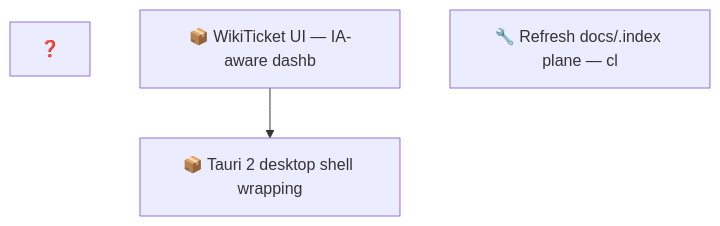
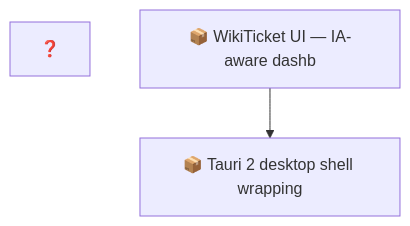
One commit to SpillwaveSolutions/wiki_ticket_sdd_ui changed the second of 2 diagrams in docs/roadmap.md. Above: the diagram before and after it, drawn with Mermaid. The commit also changed other lines of this file and 1 other file, not shown here.

First line of the commit message:
chore: close docs/.index refresh work item (#14)

````diff
--- a/docs/roadmap.md
+++ b/docs/roadmap.md
@@ -66,8 +61,7 @@
 ```mermaid
 graph TD
     01KY5ZZX["❓ "]
     01KY5ZZX8YXD5YDJKQGJ3VCCHN["📦 WikiTicket UI — IA-aware dashb"]
     01KY5ZZX8Z46K7BCSPPFKN23JZ["📦 Tauri 2 desktop shell wrapping"]
-    01KYAH5VKVZZF2Q4T0AF2ZYJG0["🔧 Refresh docs/.index plane — cl"]
     01KY5ZZX8YXD5YDJKQGJ3VCCHN --> 01KY5ZZX8Z46K7BCSPPFKN23JZ
 ```
````
